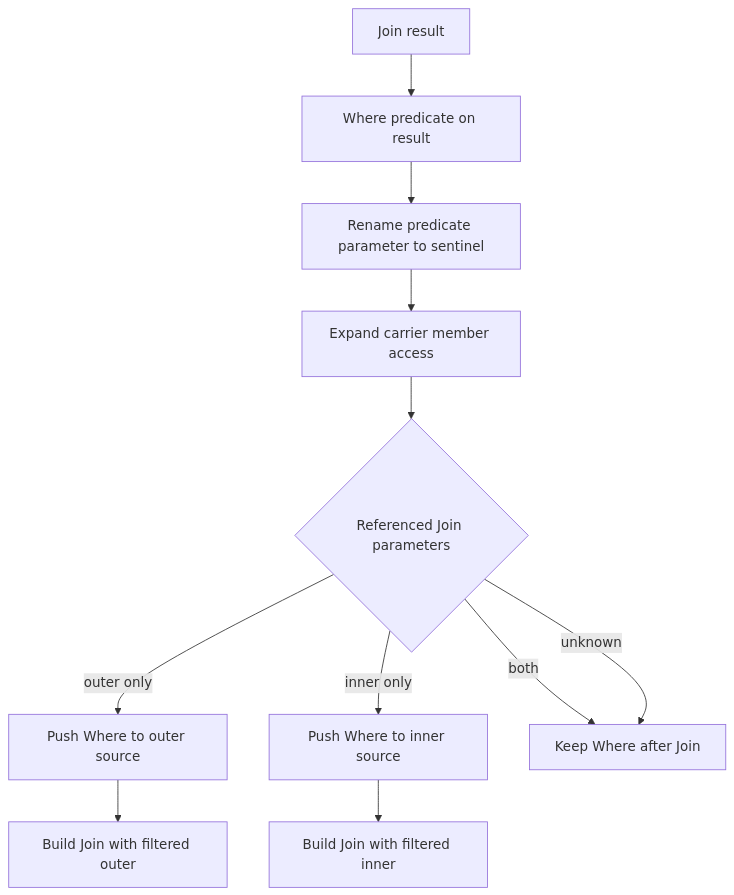
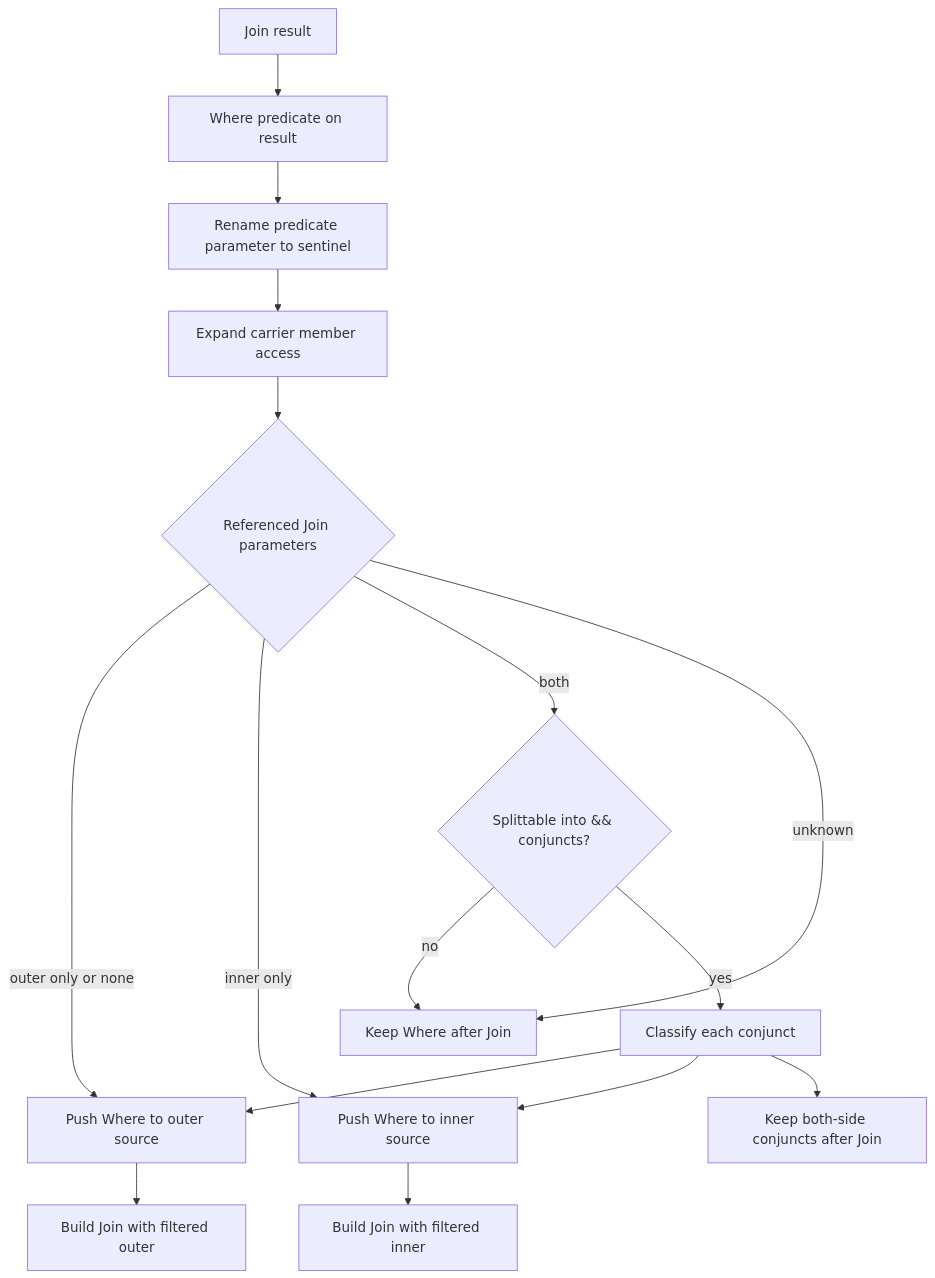
The eighth of 39 diagrams in docs/refactoring-designs/20260624-1806-flinq-intercept-optimization-pipeline-fragment-spec.md (AloneCraft/Seamless), drawn with Mermaid before and after one commit. The commit also changed other lines of this file and 12 other files, not shown here.

````diff
--- a/docs/refactoring-designs/20260624-1806-flinq-intercept-optimization-pipeline-fragment-spec.md
+++ b/docs/refactoring-designs/20260624-1806-flinq-intercept-optimization-pipeline-fragment-spec.md
@@ -255,13 +261,18 @@
 ```mermaid
 flowchart TD
     A[Join result] --> B[Where predicate on result]
     B --> C[Rename predicate parameter to sentinel]
     C --> D[Expand carrier member access]
     D --> E{Referenced Join parameters}
-    E -->|outer only| F[Push Where to outer source]
+    E -->|outer only or none| F[Push Where to outer source]
     E -->|inner only| G[Push Where to inner source]
-    E -->|both| H[Keep Where after Join]
-    E -->|unknown| H
+    E -->|both| K{Splittable into && conjuncts?}
+    E -->|unknown| H[Keep Where after Join]
+    K -->|no| H
+    K -->|yes| L[Classify each conjunct]
+    L --> F
+    L --> G
+    L --> M[Keep both-side conjuncts after Join]
     F --> I[Build Join with filtered outer]
     G --> J[Build Join with filtered inner]
 ```
````
